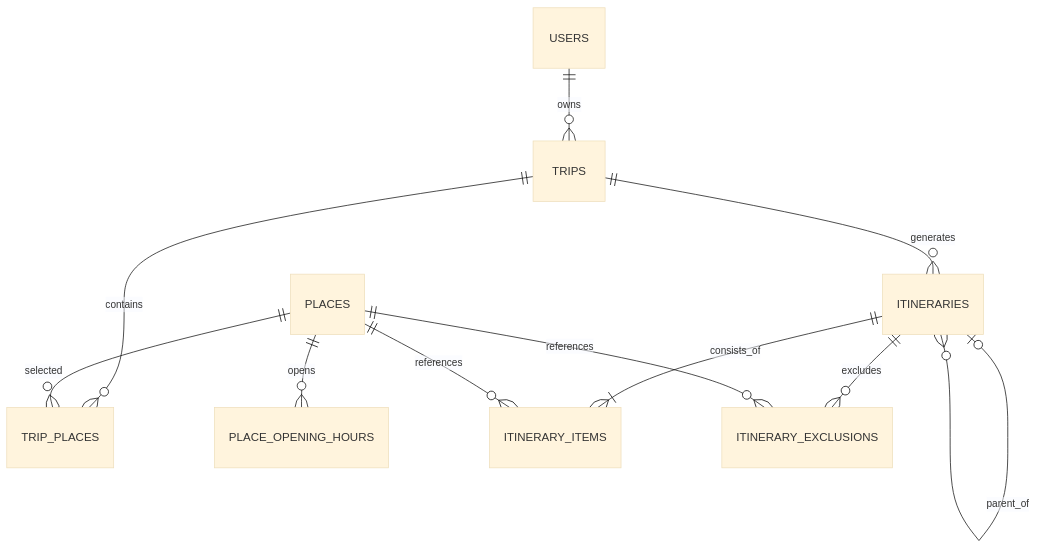
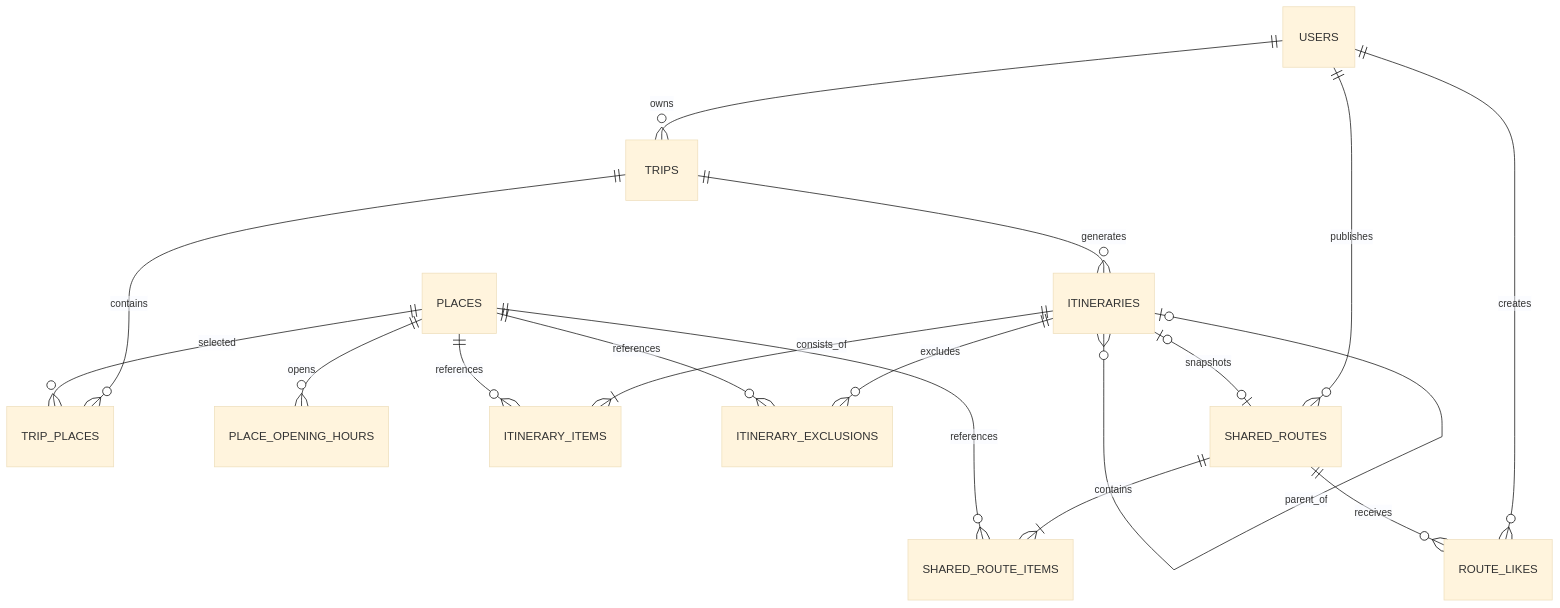
The second of 2 diagrams in README.md (sungjuun/RoutePlan), drawn with Mermaid (base theme) before and after one commit. The commit also changed other lines of this file, not shown here.

Commit message:
docs: V7 공유 Route 설계와 사용 흐름 기록

````diff
--- a/README.md
+++ b/README.md
@@ -158,13 +175,19 @@
 ```mermaid
 erDiagram
     USERS ||--o{ TRIPS : owns
     TRIPS ||--o{ TRIP_PLACES : contains
     PLACES ||--o{ TRIP_PLACES : selected
     PLACES ||--o{ PLACE_OPENING_HOURS : opens
     TRIPS ||--o{ ITINERARIES : generates
     ITINERARIES o|--o{ ITINERARIES : parent_of
     ITINERARIES ||--|{ ITINERARY_ITEMS : consists_of
     ITINERARIES ||--o{ ITINERARY_EXCLUSIONS : excludes
     PLACES ||--o{ ITINERARY_ITEMS : references
     PLACES ||--o{ ITINERARY_EXCLUSIONS : references
+    USERS ||--o{ SHARED_ROUTES : publishes
+    ITINERARIES o|--o| SHARED_ROUTES : snapshots
+    SHARED_ROUTES ||--|{ SHARED_ROUTE_ITEMS : contains
+    PLACES ||--o{ SHARED_ROUTE_ITEMS : references
+    USERS ||--o{ ROUTE_LIKES : creates
+    SHARED_ROUTES ||--o{ ROUTE_LIKES : receives
 ```
````
